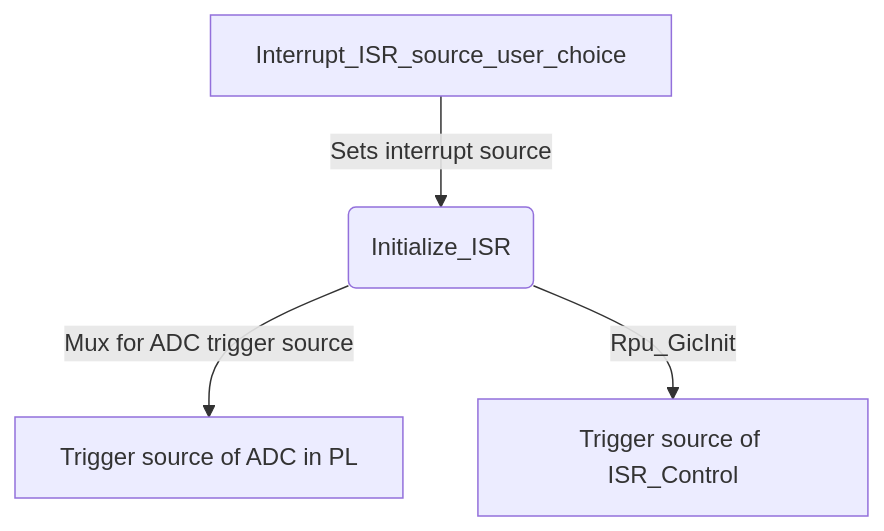
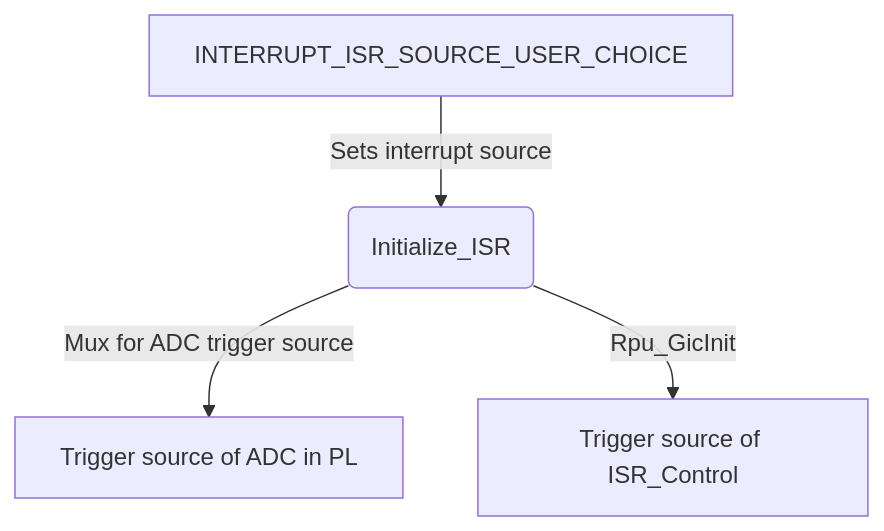
Before and after one commit to ultrazohm/ultrazohm_sw: the first of 2 diagrams in docs/source/guide/rpu_software/interrupts/interrupts.rst, drawn with Mermaid. The commit also changed other lines of this file and 3 other files, not shown here.

Commit message:
highlight coupling between uz_PWM_SS_2L_config_t.trigger_source and INTERRUPT_ISR_SOURCE_USER_CHOICE

```diff
--- a/docs/source/guide/rpu_software/interrupts/interrupts.rst
+++ b/docs/source/guide/rpu_software/interrupts/interrupts.rst
@@ -36,8 +47,8 @@
 .. mermaid::
     :align: center
-    :caption: Usage of ``Interrupt_ISR_source_user_choice`` in source code
+    :caption: Usage of ``INTERRUPT_ISR_SOURCE_USER_CHOICE`` in source code
     
     graph TD
-      A[Interrupt_ISR_source_user_choice] -->|Sets interrupt source| B(Initialize_ISR)
+      A[INTERRUPT_ISR_SOURCE_USER_CHOICE] -->|Sets interrupt source| B(Initialize_ISR)
       B -->|Mux for ADC trigger source| D[Trigger source of ADC in PL]
       B -->|Rpu_GicInit| E[Trigger source of ISR_Control]
```
